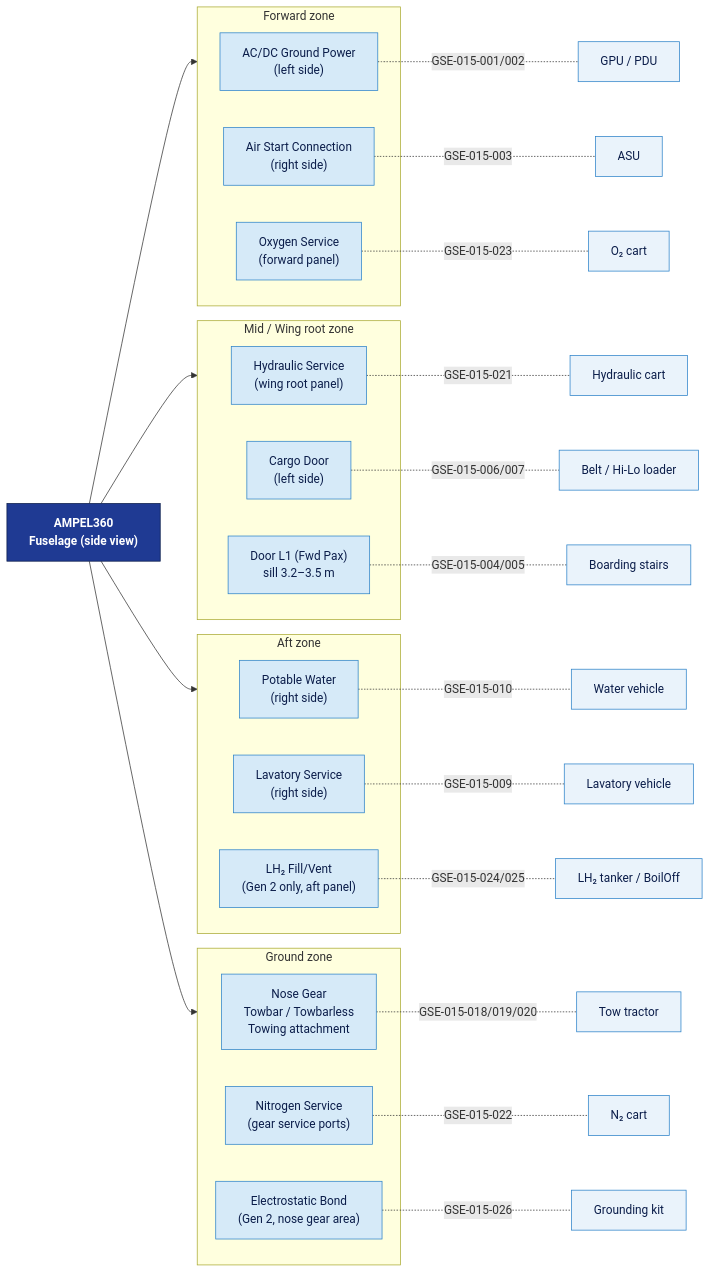
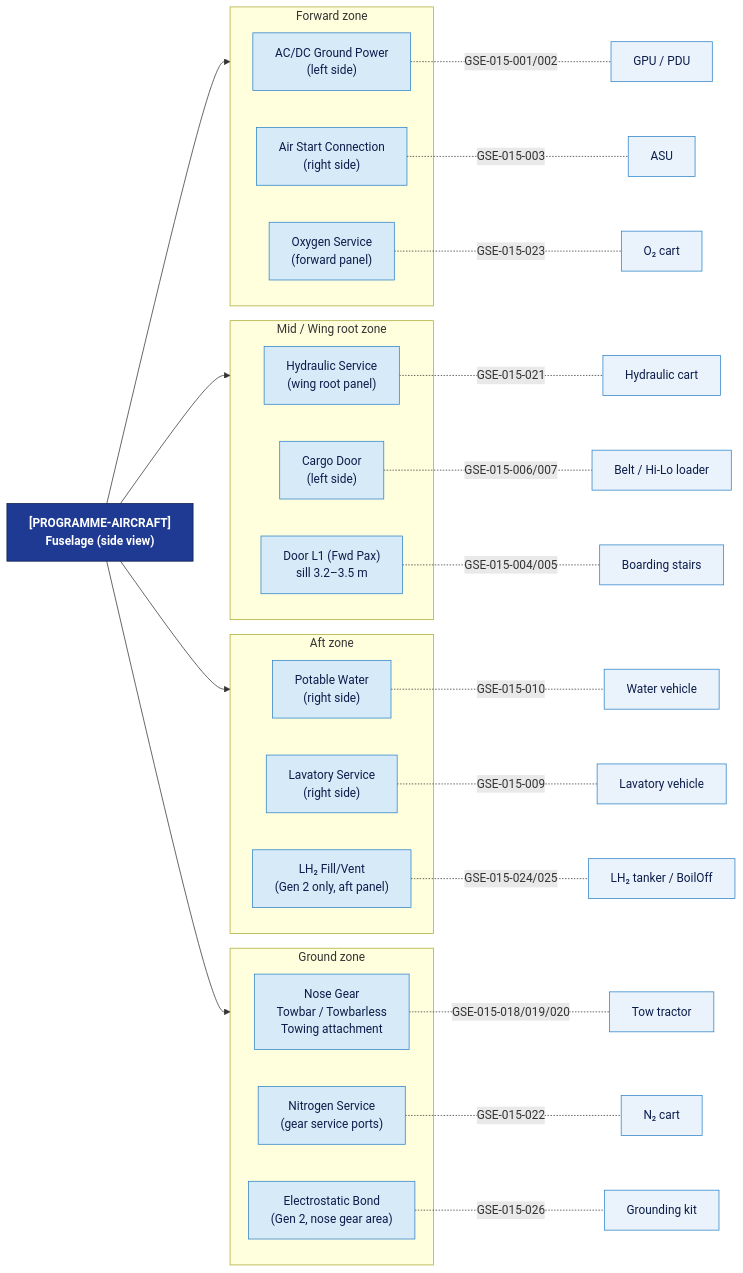
The diagram in Q+ATLANTIDE/000-099_ATLAS/010-019_Manejo-en-Tierra-Servicio/015_GSE/015-004-GSE-Interfaces-Couplings-and-Aircraft-Side-Connections.md (AmedeoPelliccia/Qplus-For-All-Queer-People-and-Quantum), drawn with Mermaid before and after one commit. The commit also changed other lines of this file and 676 other files, not shown here.

First line of the commit message:
feat: de-programmatize all ATLAS standard files — remove AMPEL360E/eWTW programme content

````diff
--- a/Q+ATLANTIDE/000-099_ATLAS/010-019_Manejo-en-Tierra-Servicio/015_GSE/015-004-GSE-Interfaces-Couplings-and-Aircraft-Side-Connections.md
+++ b/Q+ATLANTIDE/000-099_ATLAS/010-019_Manejo-en-Tierra-Servicio/015_GSE/015-004-GSE-Interfaces-Couplings-and-Aircraft-Side-Connections.md
@@ -166,50 +168,50 @@
 ```mermaid
 flowchart LR
-    FUSE["AMPEL360<br/>Fuselage (side view)"]:::plane
+    FUSE["[PROGRAMME-AIRCRAFT]<br/>Fuselage (side view)"]:::plane
 
     subgraph FWD["Forward zone"]
         GPU_P["AC/DC Ground Power<br/>(left side)"]:::panel
         ASU_P["Air Start Connection<br/>(right side)"]:::panel
         OXY_P["Oxygen Service<br/>(forward panel)"]:::panel
     end
 
     subgraph MID["Mid / Wing root zone"]
         HYD_P["Hydraulic Service<br/>(wing root panel)"]:::panel
         DOOR_C["Cargo Door<br/>(left side)"]:::panel
         DOOR_L1["Door L1 (Fwd Pax)<br/>sill 3.2–3.5 m"]:::panel
     end
 
     subgraph AFT["Aft zone"]
         WAT_P["Potable Water<br/>(right side)"]:::panel
         LAV_P["Lavatory Service<br/>(right side)"]:::panel
         LH2_P["LH₂ Fill/Vent<br/>(Gen 2 only, aft panel)"]:::panel
     end
 
     subgraph GND["Ground zone"]
         NOSE["Nose Gear<br/>Towbar / Towbarless<br/>Towing attachment"]:::panel
         NIT_P["Nitrogen Service<br/>(gear service ports)"]:::panel
         BOND["Electrostatic Bond<br/>(Gen 2, nose gear area)"]:::panel
     end
 
     FUSE --> FWD
     FUSE --> MID
     FUSE --> AFT
     FUSE --> GND
 
     GPU_P -. "GSE-015-001/002" .- GPU["GPU / PDU"]:::gse
     ASU_P -. "GSE-015-003" .- ASU["ASU"]:::gse
     OXY_P -. "GSE-015-023" .- OXY["O₂ cart"]:::gse
     HYD_P -. "GSE-015-021" .- HYD["Hydraulic cart"]:::gse
     DOOR_C -. "GSE-015-006/007" .- BL["Belt / Hi-Lo loader"]:::gse
     DOOR_L1 -. "GSE-015-004/005" .- STR["Boarding stairs"]:::gse
     WAT_P -. "GSE-015-010" .- WAT["Water vehicle"]:::gse
     LAV_P -. "GSE-015-009" .- LAV["Lavatory vehicle"]:::gse
     LH2_P -. "GSE-015-024/025" .- LH2["LH₂ tanker / BoilOff"]:::gse
     NOSE -. "GSE-015-018/019/020" .- TOW["Tow tractor"]:::gse
     NIT_P -. "GSE-015-022" .- NIT["N₂ cart"]:::gse
     BOND -. "GSE-015-026" .- GK["Grounding kit"]:::gse
 
     classDef plane fill:#1f3a93,stroke:#0b1d4a,color:#fff,font-weight:bold
     classDef panel fill:#d6eaf8,stroke:#2c82c9,color:#0b1d4a
     classDef gse fill:#eaf3fb,stroke:#2c82c9,color:#0b1d4a
 ```
````
